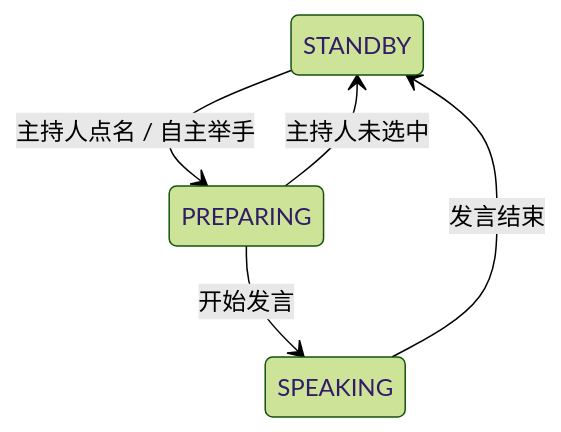
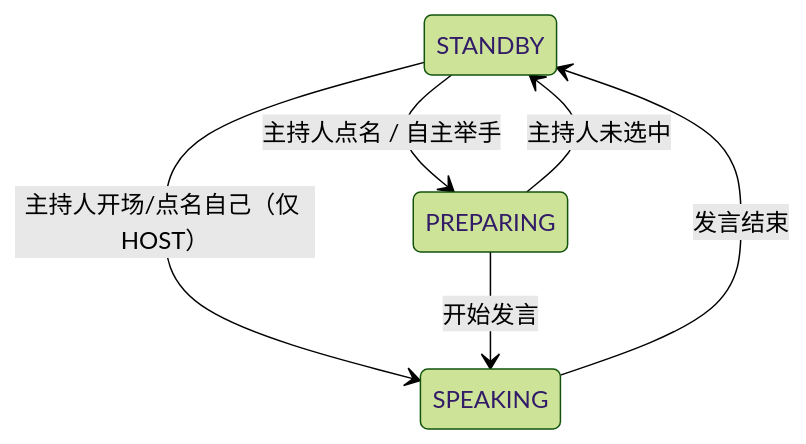
The second of 3 diagrams in docs/sdd/01-domain-model.md (davidL-zhan/Panel_Studio), drawn with Mermaid (forest theme) before and after one commit. The commit also changed other lines of this file and 5 other files, not shown here.

````diff
--- a/docs/sdd/01-domain-model.md
+++ b/docs/sdd/01-domain-model.md
@@ -78,7 +78,8 @@
 ```mermaid
 stateDiagram-v2
     STANDBY --> PREPARING: 主持人点名 / 自主举手
+    STANDBY --> SPEAKING: 主持人开场/点名自己（仅 HOST）
     PREPARING --> SPEAKING: 开始发言
     PREPARING --> STANDBY: 主持人未选中
     SPEAKING --> STANDBY: 发言结束
 ```
````
